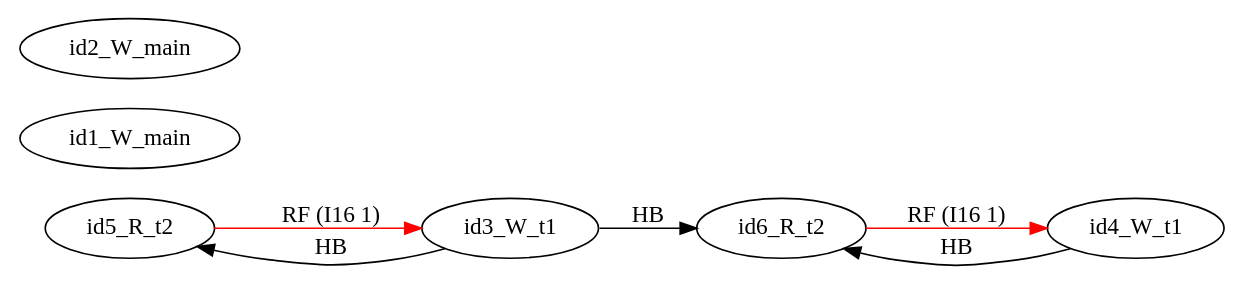
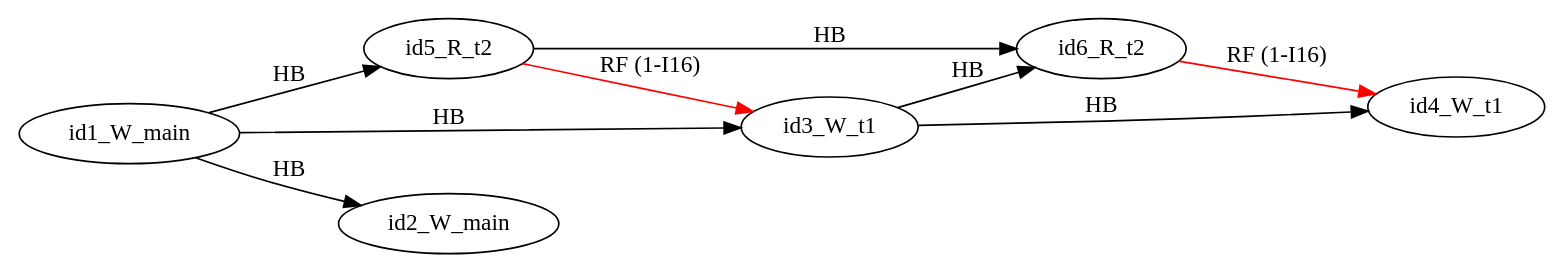
One commit to FMJS/EMME changed the diagram in examples/double_vars/dv_simple01/mm4.dot. Above: the diagram before and after it, drawn with Graphviz. The commit also changed 242 other files, not shown here.

```diff
--- a/examples/double_vars/dv_simple01/mm4.dot
+++ b/examples/double_vars/dv_simple01/mm4.dot
@@ -1,15 +1,18 @@
 digraph memory_model {
 rankdir=LR;
 splines=true; esep=0.5;
-id5_R_t2 -> id3_W_t1 [label = "RF (I16 1)", color="red"];
-id6_R_t2 -> id4_W_t1 [label = "RF (I16 1)", color="red"];
-id3_W_t1 -> id5_R_t2 [label = "HB", color="black"];
+id5_R_t2 -> id3_W_t1 [label = "RF (1-I16)", color="red"];
+id6_R_t2 -> id4_W_t1 [label = "RF (1-I16)", color="red"];
+id1_W_main -> id2_W_main [label = "HB", color="black"];
+id3_W_t1 -> id4_W_t1 [label = "HB", color="black"];
+id5_R_t2 -> id6_R_t2 [label = "HB", color="black"];
+id1_W_main -> id3_W_t1 [label = "HB", color="black"];
+id1_W_main -> id5_R_t2 [label = "HB", color="black"];
 id3_W_t1 -> id6_R_t2 [label = "HB", color="black"];
-id4_W_t1 -> id6_R_t2 [label = "HB", color="black"];
 id1_W_main [pos="2.5,4!"]
 id2_W_main [pos="2.5,2!"]
 id3_W_t1 [pos="0,0!"]
 id4_W_t1 [pos="0,-2!"]
 id5_R_t2 [pos="5,0!"]
 id6_R_t2 [pos="5,-2!"]
 }
```
